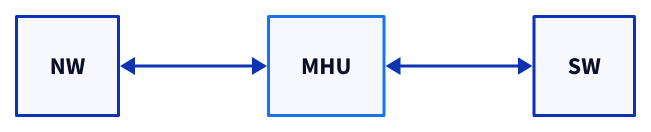
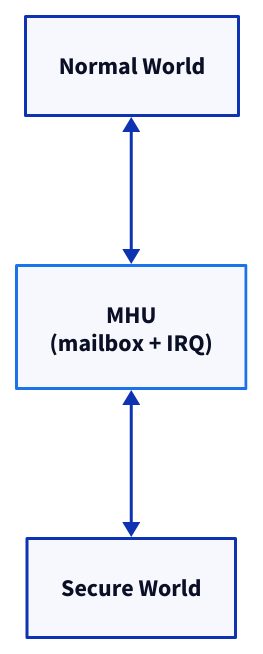
The ninth of 10 diagrams in topics/arm_security/docs/02_world_switch_soc_infra.md (humbleowl39/DV_SKOOL), drawn with D2 before and after one commit. The commit also changed other lines of this file and 90 other files, not shown here.

First line of the commit message:
docs: 전 토픽 다이어그램 정비 — ASCII→D2, mermaid→D2, 과대 D2 가시성 수정

````diff
--- a/topics/arm_security/docs/02_world_switch_soc_infra.md
+++ b/topics/arm_security/docs/02_world_switch_soc_infra.md
@@ -516,10 +519,9 @@
 ```d2
-direction: right
+direction: down
 
-# unparsed: NW["Normal World"]
-# unparsed: MHU["MHU<br/>(mailbox + IRQ)"]
-# unparsed: SW["Secure World"]
-MHU { style.stroke: "#1a73e8"; style.stroke-width: 2 }
+NW: "Normal World"
+MHU: "MHU\n(mailbox + IRQ)" { style.stroke: "#1a73e8"; style.stroke-width: 2 }
+SW: "Secure World"
 NW <-> MHU
 MHU <-> SW
 ```
````
